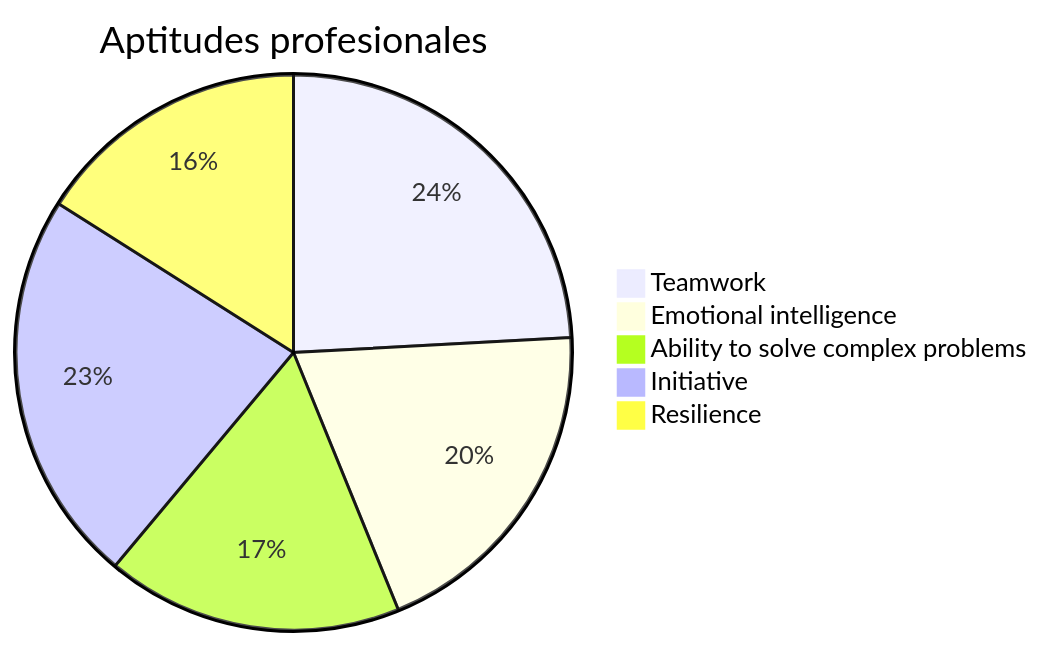
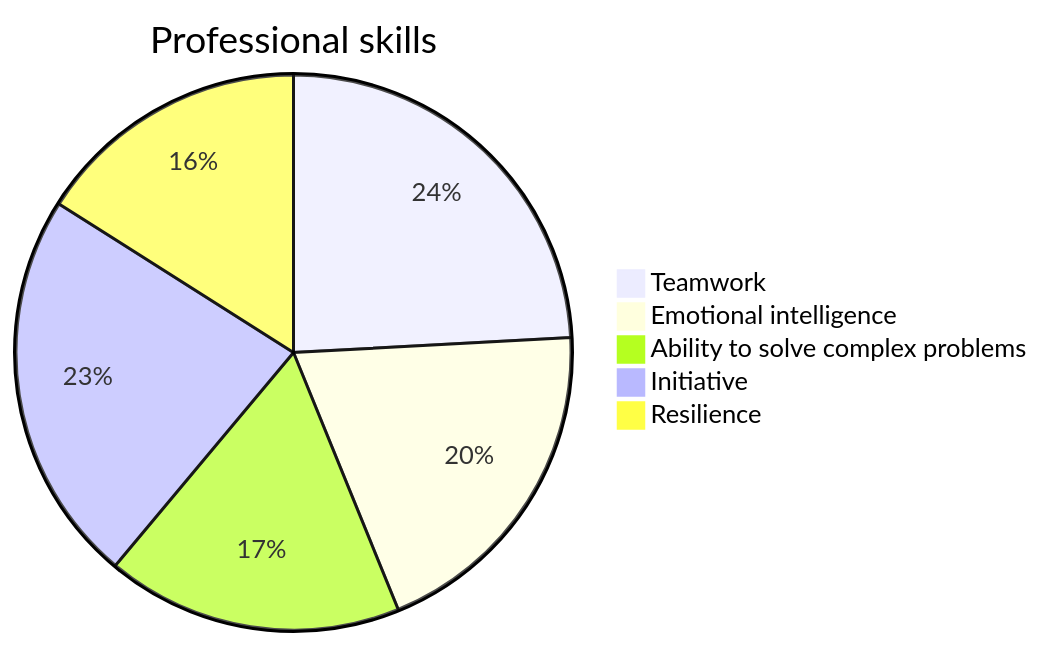
One commit to Bluevipe21/bluevipe21.github.io changed the diagram in elements.md. Above: the diagram before and after it, drawn with Mermaid.

````diff
--- a/elements.md
+++ b/elements.md
@@ -83,8 +83,8 @@
 ```mermaid
-pie title Aptitudes profesionales
+pie title Professional skills
     "Teamwork" : 98
     "Emotional intelligence" : 80
     "Ability to solve complex problems" : 70
     "Initiative" : 93
     "Resilience" : 65
 ```
````
